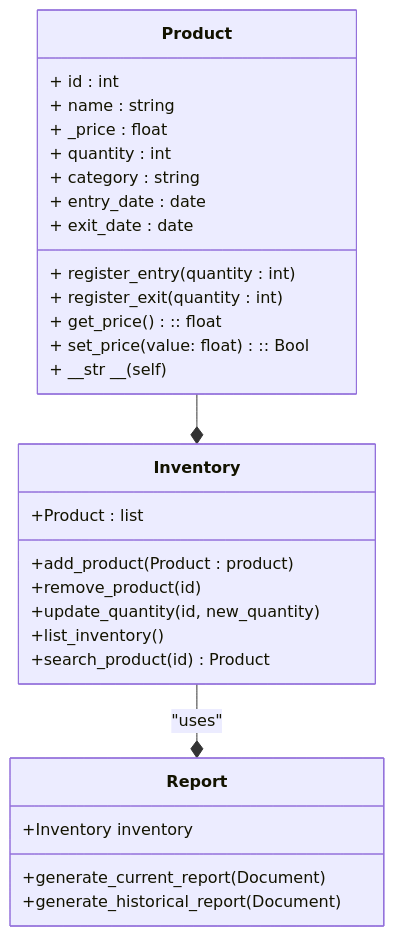
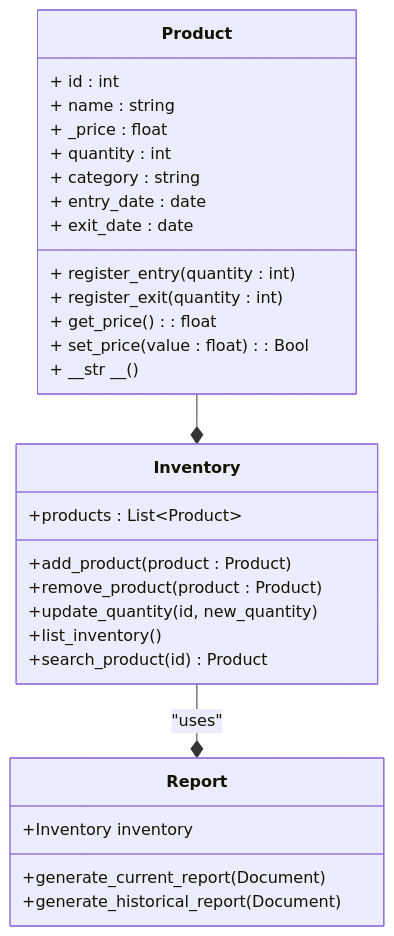
One commit to nisaespa/project_progress changed the diagram in README.md. Above: the diagram before and after it, drawn with Mermaid.

````diff
--- a/README.md
+++ b/README.md
@@ -6,35 +6,35 @@
 ``` mermaid
 classDiagram
     class Product {
         + id : int
         + name : string
         + _price : float
         + quantity : int
         + category : string
         + entry_date : date
         + exit_date : date
         + register_entry(quantity : int)
         + register_exit(quantity : int)
-        + get_price() :: float
-        + set_price(value: float):: Bool
-        + __str __(self)
+        + get_price() : float
+        + set_price(value : float) : Bool
+        + __str __()
     }
 
     class Inventory {
-        +Product : list
-        +add_product(Product : product)
-        +remove_product(id)
+        +products : List~Product~ 
+        +add_product(product : Product)
+        +remove_product(product : Product)
         +update_quantity(id, new_quantity)
         +list_inventory()
         +search_product(id) Product
     }
 
     class Report {
         +Inventory inventory
         +generate_current_report(Document)
         +generate_historical_report(Document)
     }
 
     Product --* Inventory
     Inventory --* Report : "uses"
 ```
````
